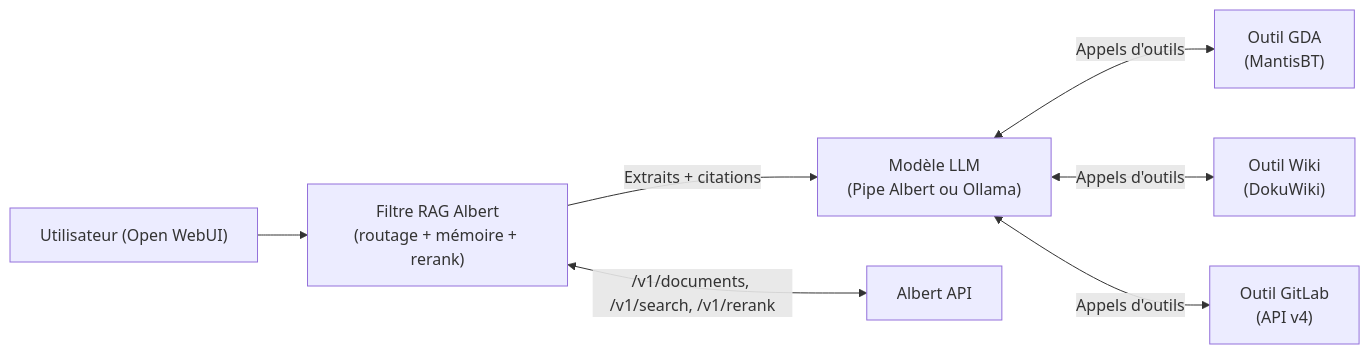
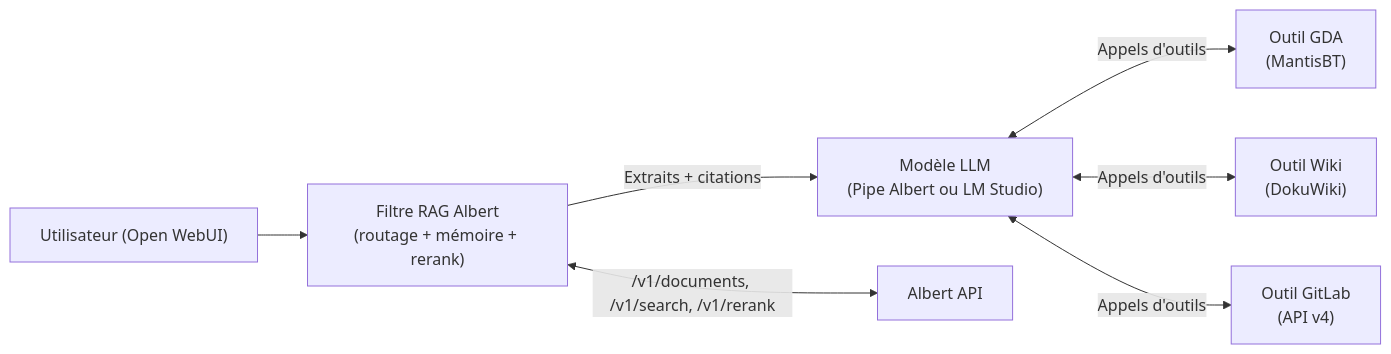
One commit to bouraouibilel/openwebui changed the diagram in docs/GUIDE_EQUIPE.md. Above: the diagram before and after it, drawn with Mermaid. The commit also changed other lines of this file and 3 other files, not shown here.

````diff
--- a/docs/GUIDE_EQUIPE.md
+++ b/docs/GUIDE_EQUIPE.md
@@ -33,9 +35,9 @@
 ```mermaid
 flowchart LR
     U["Utilisateur (Open WebUI)"] --> F["Filtre RAG Albert<br/>(routage + mémoire + rerank)"]
-    F -->|Extraits + citations| M["Modèle LLM<br/>(Pipe Albert ou Ollama)"]
+    F -->|Extraits + citations| M["Modèle LLM<br/>(Pipe Albert ou LM Studio)"]
     M <-->|Appels d'outils| GDA["Outil GDA<br/>(MantisBT)"]
     M <-->|Appels d'outils| W["Outil Wiki<br/>(DokuWiki)"]
     M <-->|Appels d'outils| GL["Outil GitLab<br/>(API v4)"]
     F <-->|"/v1/documents, /v1/search, /v1/rerank"| A["Albert API"]
 ```
````
